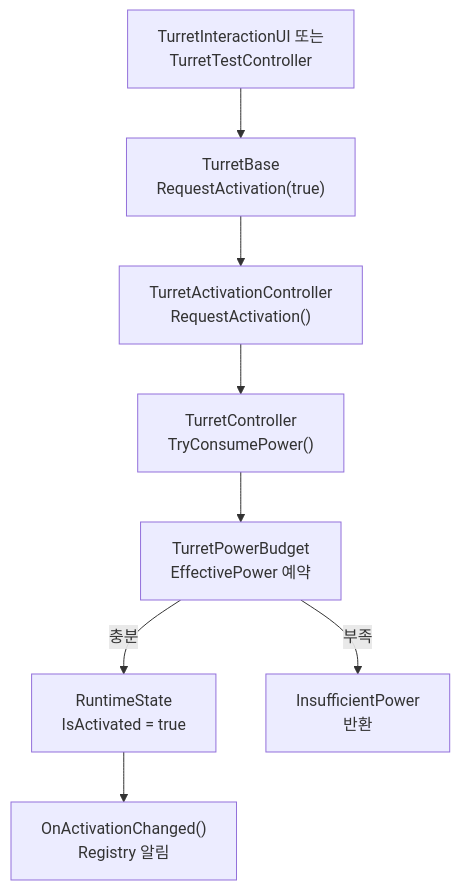
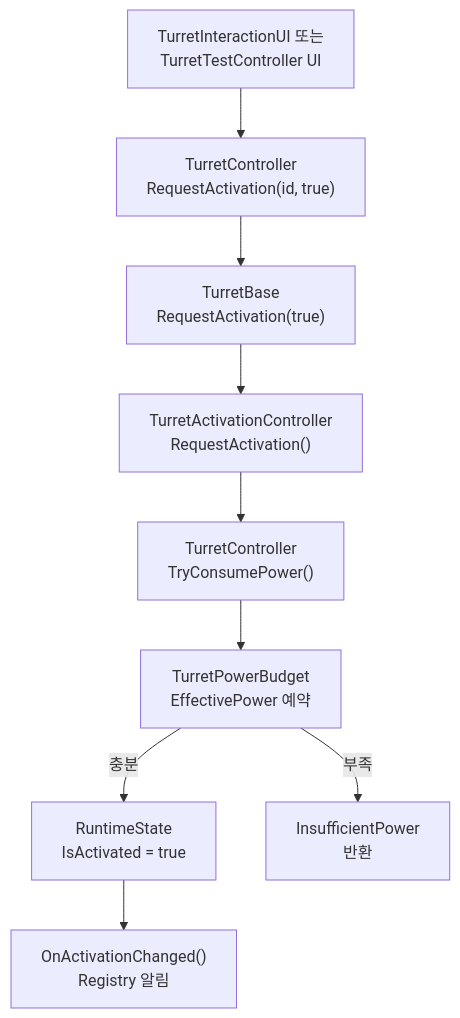
The fifth of 16 diagrams in docs/projects/the-developer/turret/runtime-flows.md (Team-HJD-21/team-hjd-docs), drawn with Mermaid before and after one commit. The commit also changed other lines of this file and 3 other files, not shown here.

````diff
--- a/docs/projects/the-developer/turret/runtime-flows.md
+++ b/docs/projects/the-developer/turret/runtime-flows.md
@@ -326,10 +326,11 @@
 ```mermaid
 flowchart TD
-    Request["TurretInteractionUI 또는<br>TurretTestController"] --> Base["TurretBase<br>RequestActivation(true)"]
+    Request["TurretInteractionUI 또는<br>TurretTestController UI"] --> TurretController["TurretController<br>RequestActivation(id, true)"]
+    TurretController --> Base["TurretBase<br>RequestActivation(true)"]
     Base --> Controller["TurretActivationController<br>RequestActivation()"]
     Controller --> Source["TurretController<br>TryConsumePower()"]
     Source --> Consume["TurretPowerBudget<br>EffectivePower 예약"]
     Consume -->|충분| On["RuntimeState<br>IsActivated = true"]
     Consume -->|부족| Reject["InsufficientPower<br>반환"]
     On --> Notify["OnActivationChanged()<br>Registry 알림"]
 ```
````
